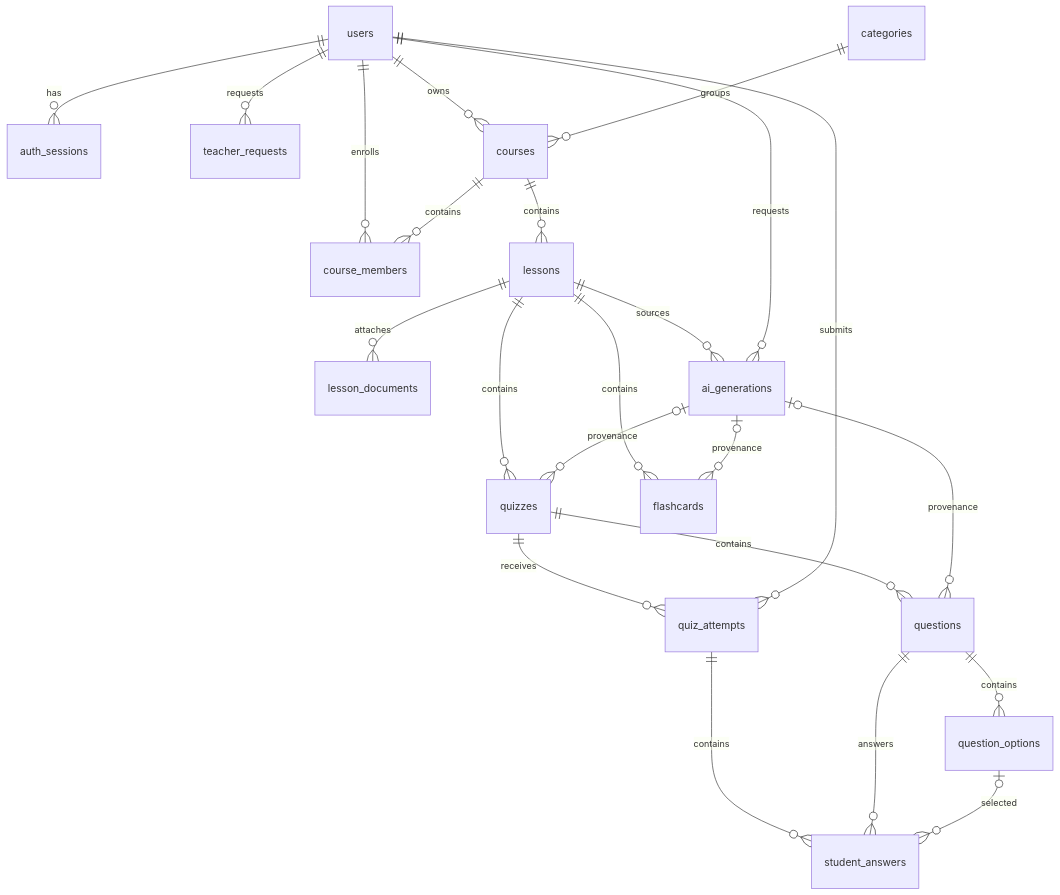
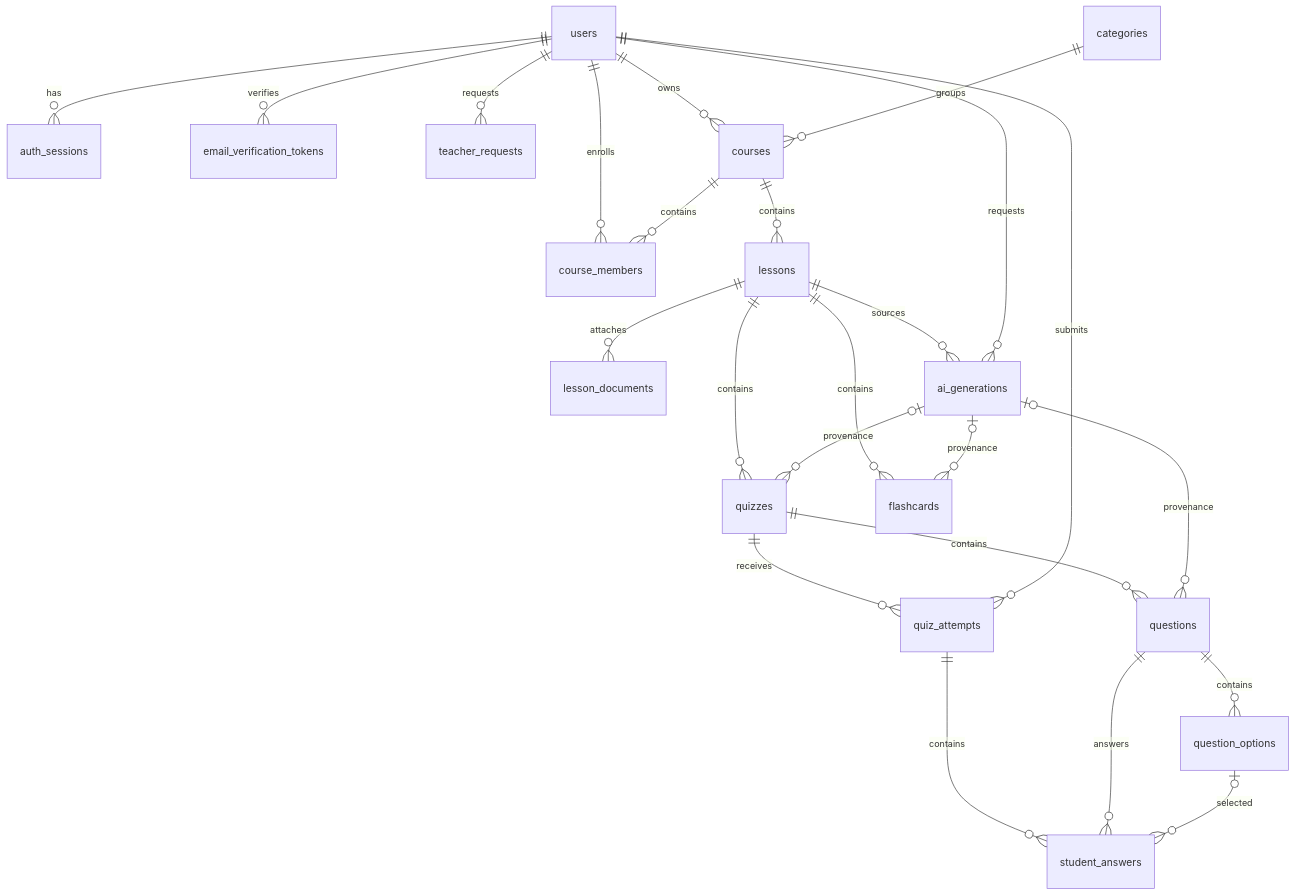
The diagram in database/erd.md (hieutt47/learning-ai-system), drawn with Mermaid before and after one commit. The commit also changed 44 other files, not shown here.

Commit message:
feat(auth): add email verification and update auth flows, UI and contracts

````diff
--- a/database/erd.md
+++ b/database/erd.md
@@ -5,25 +5,26 @@
 ```mermaid
 erDiagram
   users ||--o{ auth_sessions : has
+  users ||--o{ email_verification_tokens : verifies
   users ||--o{ teacher_requests : requests
   users ||--o{ courses : owns
   categories ||--o{ courses : groups
   users ||--o{ course_members : enrolls
   courses ||--o{ course_members : contains
   courses ||--o{ lessons : contains
   lessons ||--o{ lesson_documents : attaches
   lessons ||--o{ ai_generations : sources
   users ||--o{ ai_generations : requests
   lessons ||--o{ quizzes : contains
   ai_generations o|--o{ quizzes : provenance
   quizzes ||--o{ questions : contains
   ai_generations o|--o{ questions : provenance
   questions ||--o{ question_options : contains
   quizzes ||--o{ quiz_attempts : receives
   users ||--o{ quiz_attempts : submits
   quiz_attempts ||--o{ student_answers : contains
   questions ||--o{ student_answers : answers
   question_options o|--o{ student_answers : selected
   lessons ||--o{ flashcards : contains
   ai_generations o|--o{ flashcards : provenance
 ```
````
